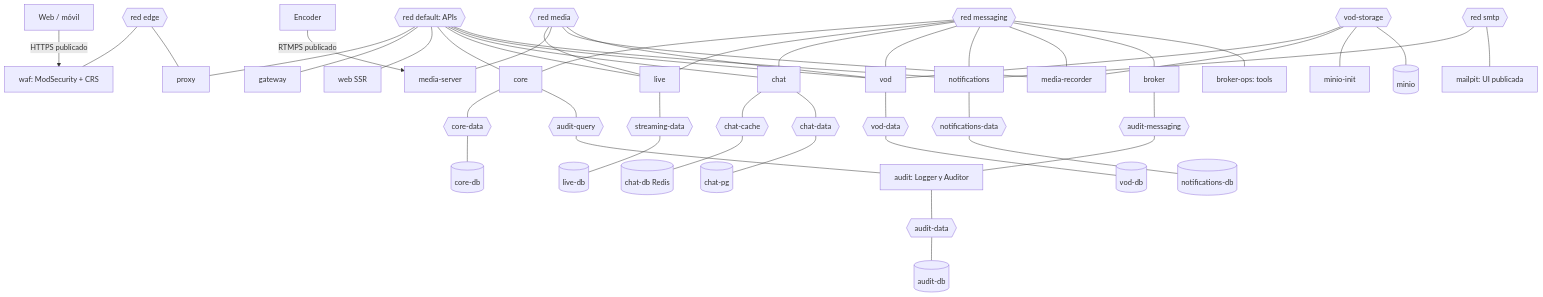
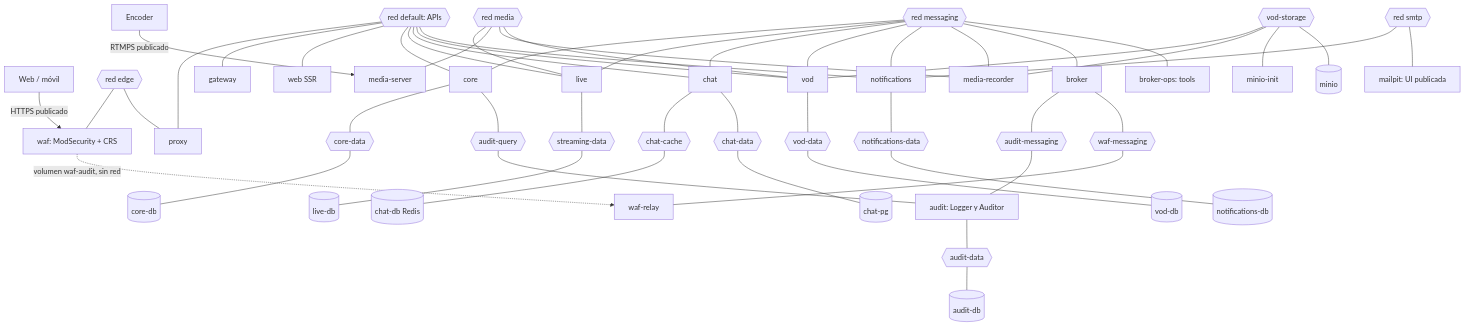
Before and after one commit to SWARCH-1A/streaming: the diagram in docs/p3/segmentacion-red.md, drawn with Mermaid. The commit also changed other lines of this file and 48 other files, not shown here.

First line of the commit message:
feat(security): surface WAF blocks in the admin audit console

````diff
--- a/docs/p3/segmentacion-red.md
+++ b/docs/p3/segmentacion-red.md
@@ -56,21 +57,23 @@
 ```mermaid
 flowchart TB
   Clients[Web / móvil] -->|HTTPS publicado| WAF[waf: ModSecurity + CRS]
   EDGE{{red edge}} --- WAF & P[proxy]
   Encoder[Encoder] -->|RTMPS publicado| MTX[media-server]
   API{{red default: APIs}}
   API --- P & G[gateway] & W[web SSR] & C[core] & L[live] & CH[chat] & V[vod] & N[notifications]
   C --- CD{{core-data}} --- CDB[(core-db)]
   L --- LD{{streaming-data}} --- LDB[(live-db)]
   CH --- CR{{chat-cache}} --- Redis[(chat-db Redis)]
   CH --- CP{{chat-data}} --- CPG[(chat-pg)]
   V --- VD{{vod-data}} --- VDB[(vod-db)]
   N --- ND{{notifications-data}} --- NDB[(notifications-db)]
   MSG{{red messaging}} --- C & L & CH & V & N & R[media-recorder] & B[broker] & Ops[broker-ops: tools]
   B --- AMSG{{audit-messaging}} --- A[audit: Logger y Auditor]
+  B --- WMSG{{waf-messaging}} --- WR[waf-relay]
+  WAF -.->|volumen waf-audit, sin red| WR
   C --- AQ{{audit-query}} --- A
   A --- AD{{audit-data}} --- ADB[(audit-db)]
   MEDIA{{red media}} --- L & MTX & R & V
   STORAGE{{vod-storage}} --- V & R & Init[minio-init] & S3[(minio)]
   SMTP{{red smtp}} --- N & Mail[mailpit: UI publicada]
 ```
````
